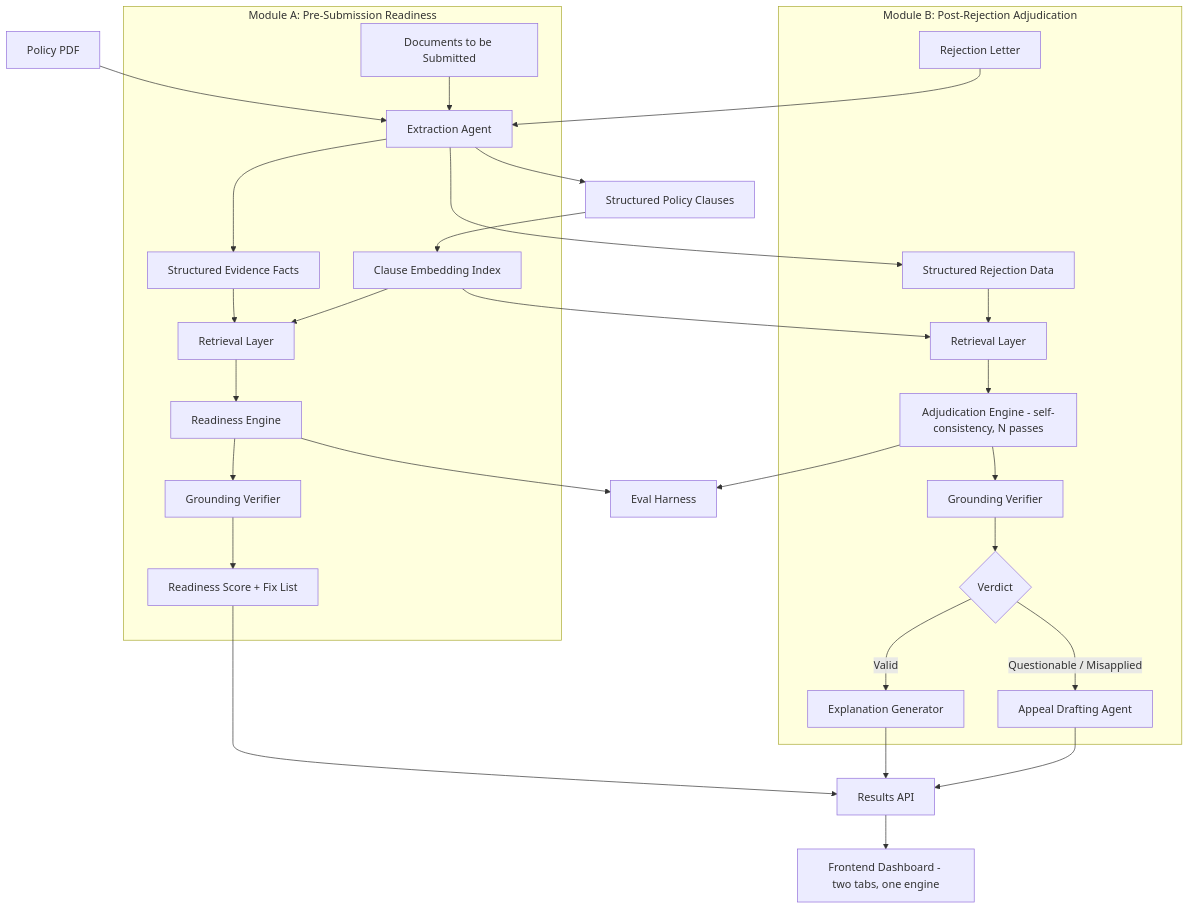
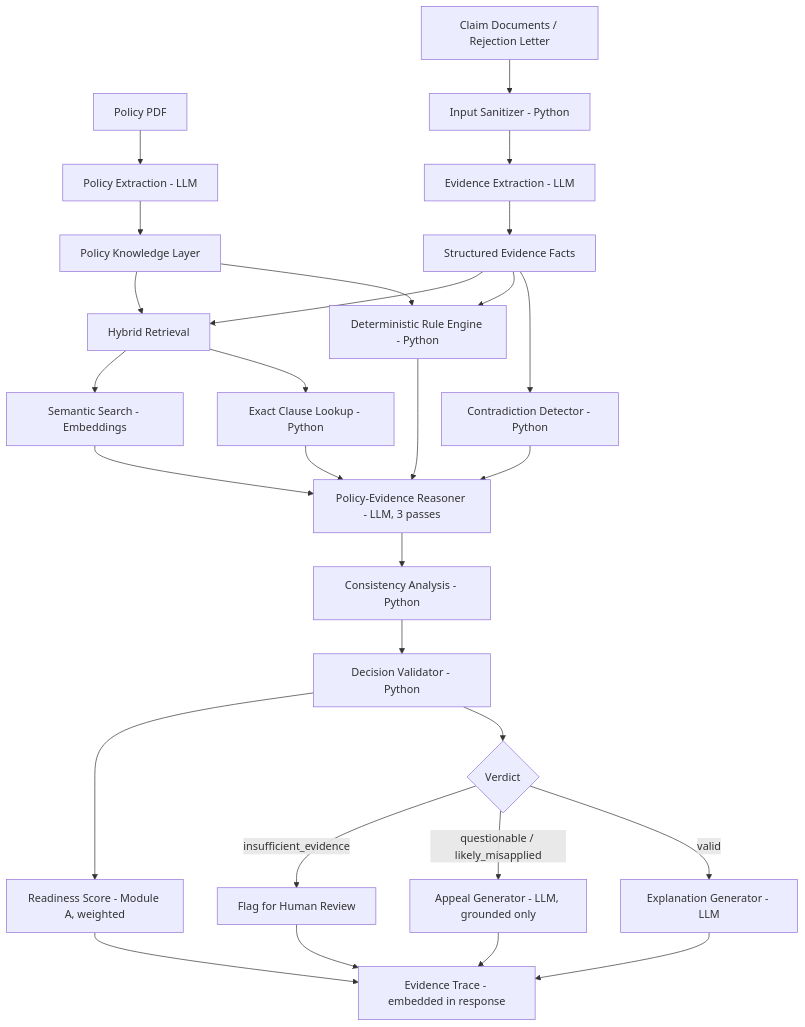
One commit to arpit2705/Claim_Advocate changed the diagram in architecture.md. Above: the diagram before and after it, drawn with Mermaid. The commit also changed other lines of this file and 1 other file, not shown here.

Commit message:
updated architecture

````diff
--- a/architecture.md
+++ b/architecture.md
@@ -27,35 +50,37 @@
 ```mermaid
 flowchart TD
-    P[Policy PDF] --> C[Extraction Agent]
-    C --> C1[Structured Policy Clauses]
-    C1 --> D[Clause Embedding Index]
+    P[Policy PDF] --> PE[Policy Extraction - LLM]
+    PE --> PK[Policy Knowledge Layer]
 
-    subgraph ModuleA [Module A: Pre-Submission Readiness]
-        A1[Documents to be Submitted] --> C
-        C --> A2[Structured Evidence Facts]
-        A2 --> E1[Retrieval Layer]
-        D --> E1
-        E1 --> A3[Readiness Engine]
-        A3 --> A4[Grounding Verifier]
-        A4 --> A5[Readiness Score + Fix List]
-    end
+    DOC[Claim Documents / Rejection Letter] --> SEC[Input Sanitizer - Python]
+    SEC --> EE[Evidence Extraction - LLM]
+    EE --> EF[Structured Evidence Facts]
 
-    subgraph ModuleB [Module B: Post-Rejection Adjudication]
-        B1[Rejection Letter] --> C
-        C --> B2[Structured Rejection Data]
-        B2 --> E2[Retrieval Layer]
-        D --> E2
-        E2 --> B3[Adjudication Engine - self-consistency, N passes]
-        B3 --> B4[Grounding Verifier]
-        B4 --> B5{Verdict}
-        B5 -->|Valid| B6[Explanation Generator]
-        B5 -->|Questionable / Misapplied| B7[Appeal Drafting Agent]
-    end
+    EF --> CD[Contradiction Detector - Python]
+    EF --> RE[Deterministic Rule Engine - Python]
+    PK --> RE
 
-    A5 --> K[Results API]
-    B6 --> K
-    B7 --> K
-    K --> L[Frontend Dashboard - two tabs, one engine]
-    A3 --> M[Eval Harness]
-    B3 --> M
+    EF --> HR[Hybrid Retrieval]
+    PK --> HR
+    HR --> HR1[Exact Clause Lookup - Python]
+    HR --> HR2[Semantic Search - Embeddings]
+
+    HR1 --> REASON[Policy-Evidence Reasoner - LLM, 3 passes]
+    HR2 --> REASON
+    RE --> REASON
+    CD --> REASON
+
+    REASON --> CONS[Consistency Analysis - Python]
+    CONS --> VAL[Decision Validator - Python]
+    VAL --> VERDICT{Verdict}
+
+    VERDICT -->|valid| EXP[Explanation Generator - LLM]
+    VERDICT -->|questionable / likely_misapplied| APPEAL[Appeal Generator - LLM, grounded only]
+    VERDICT -->|insufficient_evidence| ABSTAIN[Flag for Human Review]
+
+    EXP --> TRACE[Evidence Trace - embedded in response]
+    APPEAL --> TRACE
+    ABSTAIN --> TRACE
+    VAL --> READY[Readiness Score - Module A, weighted]
+    READY --> TRACE
 ```
````
